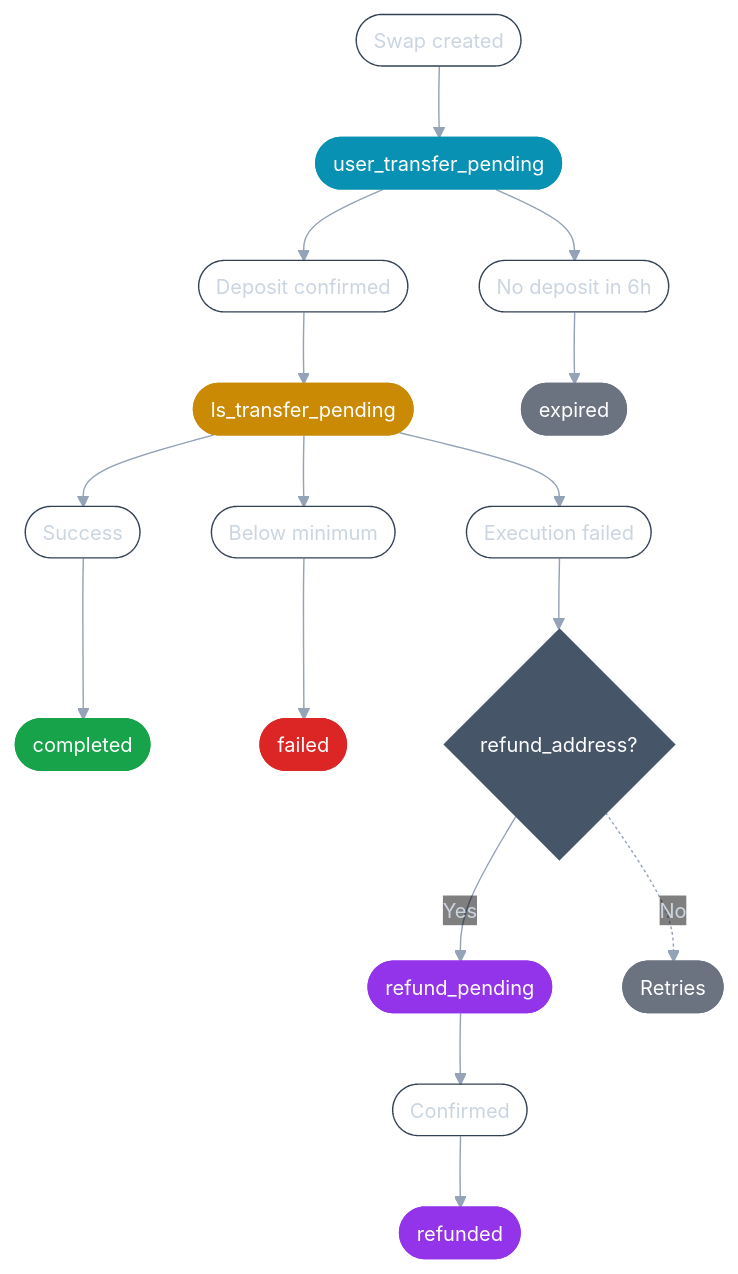
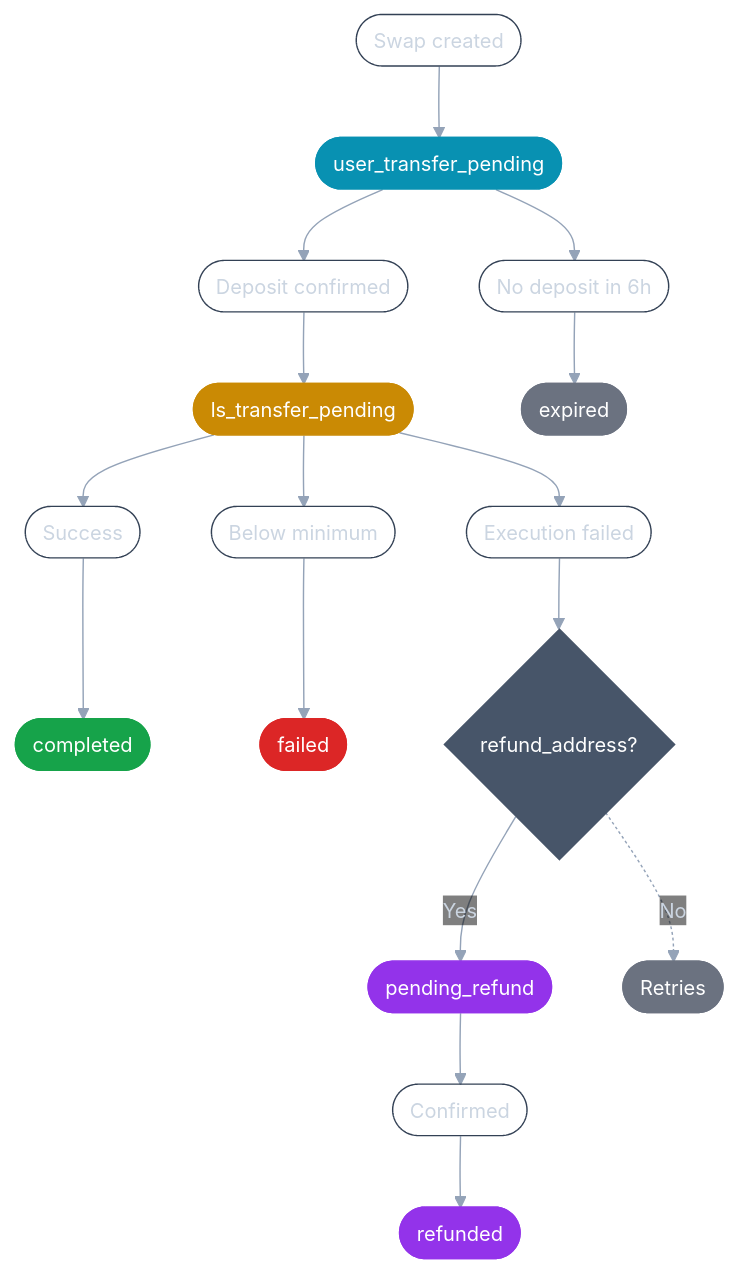
The diagram in api-reference/swap-lifecycle.mdx (layerswap/layerswap-docs), drawn with Mermaid before and after one commit. The commit also changed other lines of this file and 1 other file, not shown here.

First line of the commit message:
fix(api-reference): correct swap status token refund_pending → pending_refund

````diff
--- a/api-reference/swap-lifecycle.mdx
+++ b/api-reference/swap-lifecycle.mdx
@@ -9,28 +9,28 @@
 ```mermaid
 %%{init: {'theme': 'base', 'themeVariables': {'background': '#1a1a2e', 'lineColor': '#94a3b8', 'fontSize': '14px', 'edgeLabelBackground': 'transparent', 'tertiaryTextColor': '#ffffff'}}}%%
 graph TD
     l1([Swap created]) --> B([user_transfer_pending])
     B --> l2([Deposit confirmed]) --> D([ls_transfer_pending])
     B --> l3([No deposit in 6h]) --> C([expired])
     D --> l4([Success]) --> E([completed])
     D --> l5([Below minimum]) --> F([failed])
     D --> l6([Execution failed]) --> R{refund_address?}
-    R --> |Yes| G([refund_pending])
+    R --> |Yes| G([pending_refund])
     R -.-> |No| M([Retries])
     G --> l7([Confirmed]) --> H([refunded])
 
     classDef label fill:none,color:#cbd5e1,stroke:#334155,stroke-width:1px
 
     class l1,l2,l3,l4,l5,l6,l7 label
 
     style R fill:#475569,color:#fff,stroke:#475569
     style M fill:#6b7280,color:#fff,stroke:#6b7280
 
     style B fill:#0891b2,color:#fff,stroke:#0891b2
     style D fill:#ca8a04,color:#fff,stroke:#ca8a04
     style E fill:#16a34a,color:#fff,stroke:#16a34a
     style C fill:#6b7280,color:#fff,stroke:#6b7280
     style F fill:#dc2626,color:#fff,stroke:#dc2626
     style G fill:#9333ea,color:#fff,stroke:#9333ea
     style H fill:#9333ea,color:#fff,stroke:#9333ea
 ```
````
